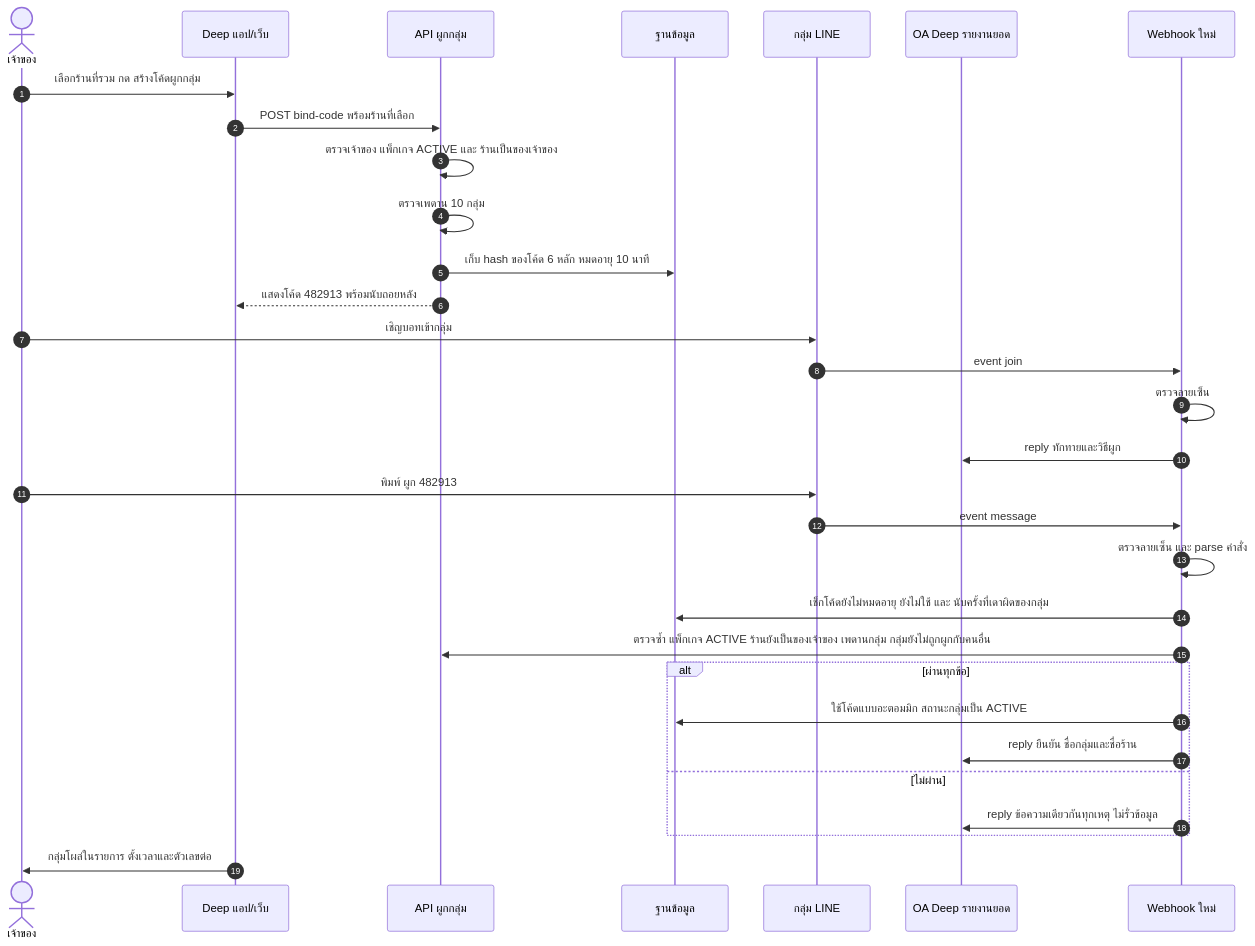
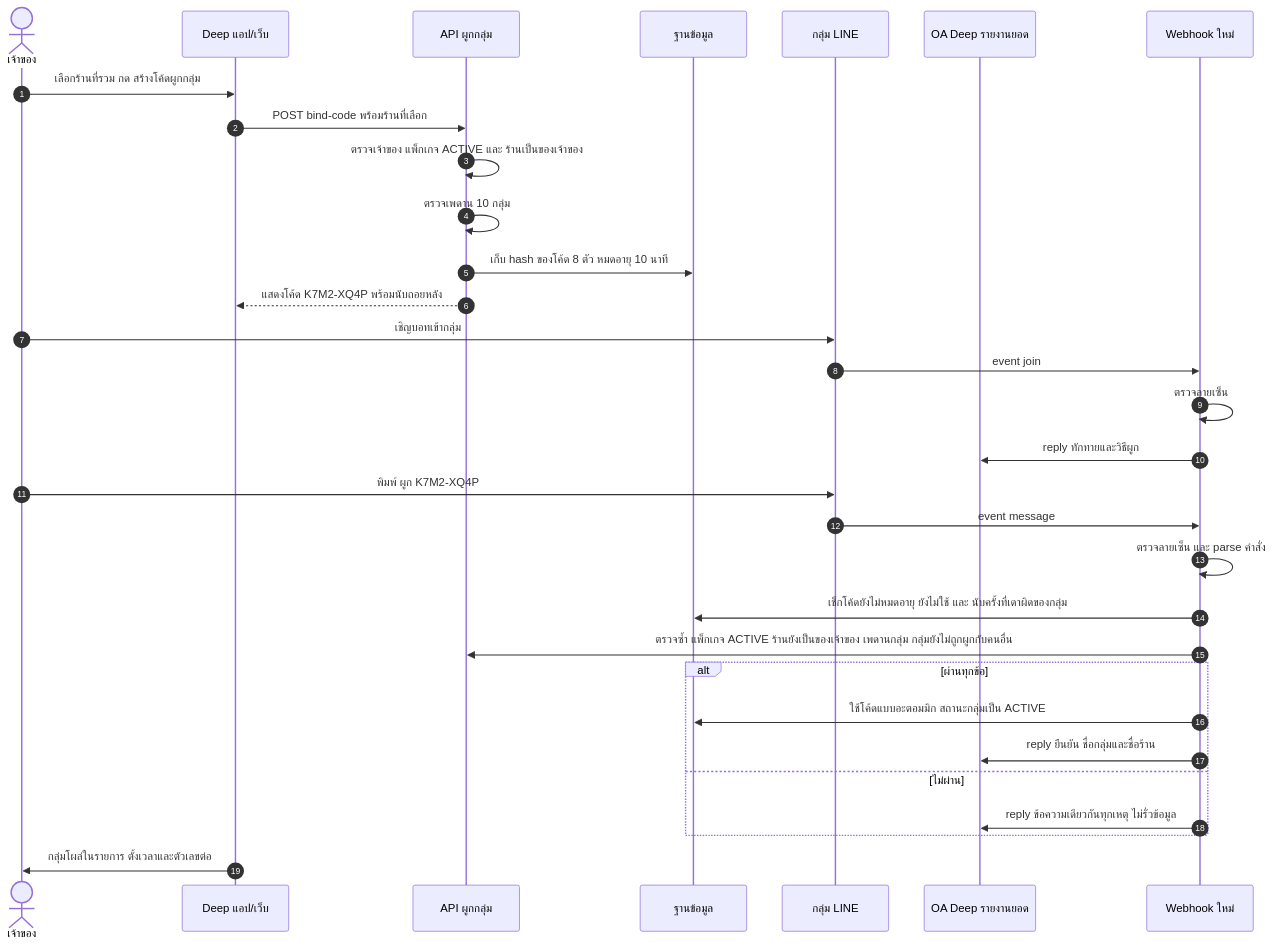
One commit to CodeCooLTH/deep-web changed the first of 4 diagrams in docs/20 - Features/00068 - LINE Group Summary Report/BRD.md. Above: the diagram before and after it, drawn with Mermaid. The commit also changed other lines of this file and 24 other files, not shown here.

````diff
--- a/docs/20 - Features/00068 - LINE Group Summary Report/BRD.md
+++ b/docs/20 - Features/00068 - LINE Group Summary Report/BRD.md
@@ -527,34 +529,34 @@
 ```mermaid
 sequenceDiagram
     autonumber
     actor Owner as เจ้าของ
     participant App as Deep แอป/เว็บ
     participant API as API ผูกกลุ่ม
     participant DB as ฐานข้อมูล
     participant Group as กลุ่ม LINE
     participant Bot as OA Deep รายงานยอด
     participant WH as Webhook ใหม่
 
     Owner->>App: เลือกร้านที่รวม กด สร้างโค้ดผูกกลุ่ม
     App->>API: POST bind-code พร้อมร้านที่เลือก
     API->>API: ตรวจเจ้าของ แพ็กเกจ ACTIVE และ ร้านเป็นของเจ้าของ
     API->>API: ตรวจเพดาน 10 กลุ่ม
-    API->>DB: เก็บ hash ของโค้ด 6 หลัก หมดอายุ 10 นาที
-    API-->>App: แสดงโค้ด 482913 พร้อมนับถอยหลัง
+    API->>DB: เก็บ hash ของโค้ด 8 ตัว หมดอายุ 10 นาที
+    API-->>App: แสดงโค้ด K7M2-XQ4P พร้อมนับถอยหลัง
     Owner->>Group: เชิญบอทเข้ากลุ่ม
     Group->>WH: event join
     WH->>WH: ตรวจลายเซ็น
     WH->>Bot: reply ทักทายและวิธีผูก
-    Owner->>Group: พิมพ์ ผูก 482913
+    Owner->>Group: พิมพ์ ผูก K7M2-XQ4P
     Group->>WH: event message
     WH->>WH: ตรวจลายเซ็น และ parse คำสั่ง
     WH->>DB: เช็กโค้ดยังไม่หมดอายุ ยังไม่ใช้ และ นับครั้งที่เดาผิดของกลุ่ม
     WH->>API: ตรวจซ้ำ แพ็กเกจ ACTIVE ร้านยังเป็นของเจ้าของ เพดานกลุ่ม กลุ่มยังไม่ถูกผูกกับคนอื่น
     alt ผ่านทุกข้อ
         WH->>DB: ใช้โค้ดแบบอะตอมมิก สถานะกลุ่มเป็น ACTIVE
         WH->>Bot: reply ยืนยัน ชื่อกลุ่มและชื่อร้าน
     else ไม่ผ่าน
         WH->>Bot: reply ข้อความเดียวกันทุกเหตุ ไม่รั่วข้อมูล
     end
     App->>Owner: กลุ่มโผล่ในรายการ ตั้งเวลาและตัวเลขต่อ
 ```
````
